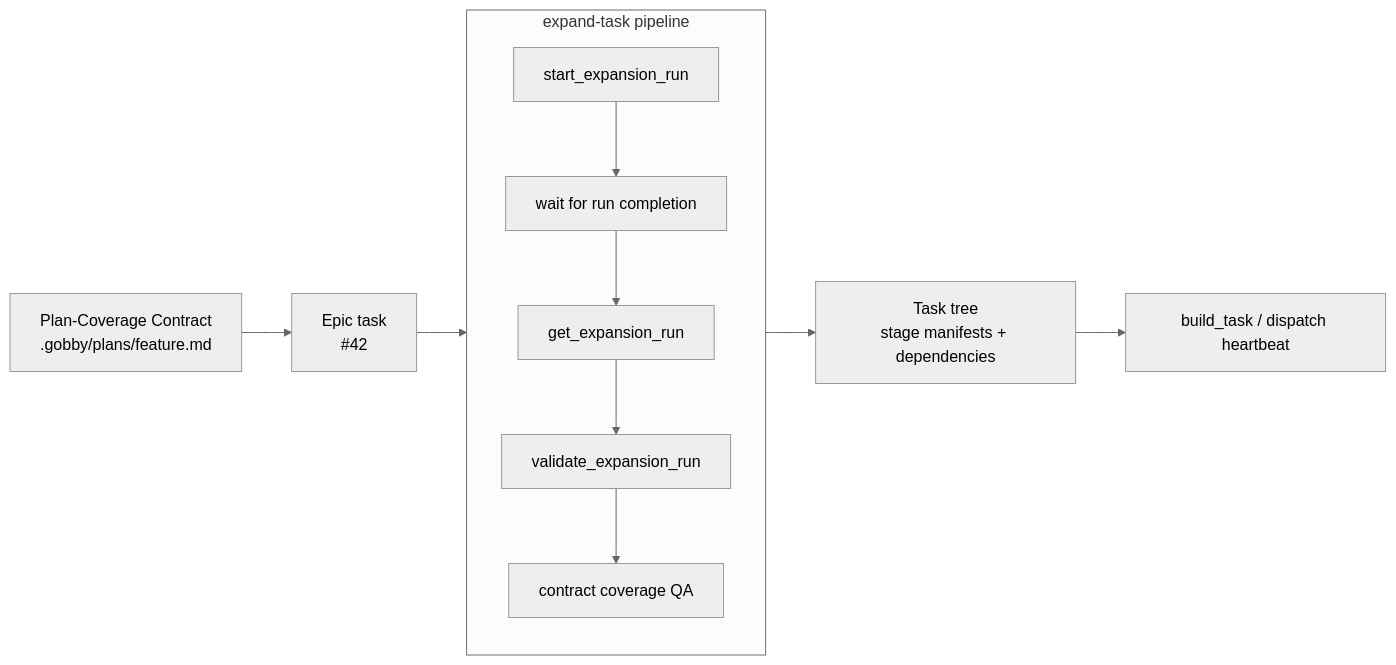
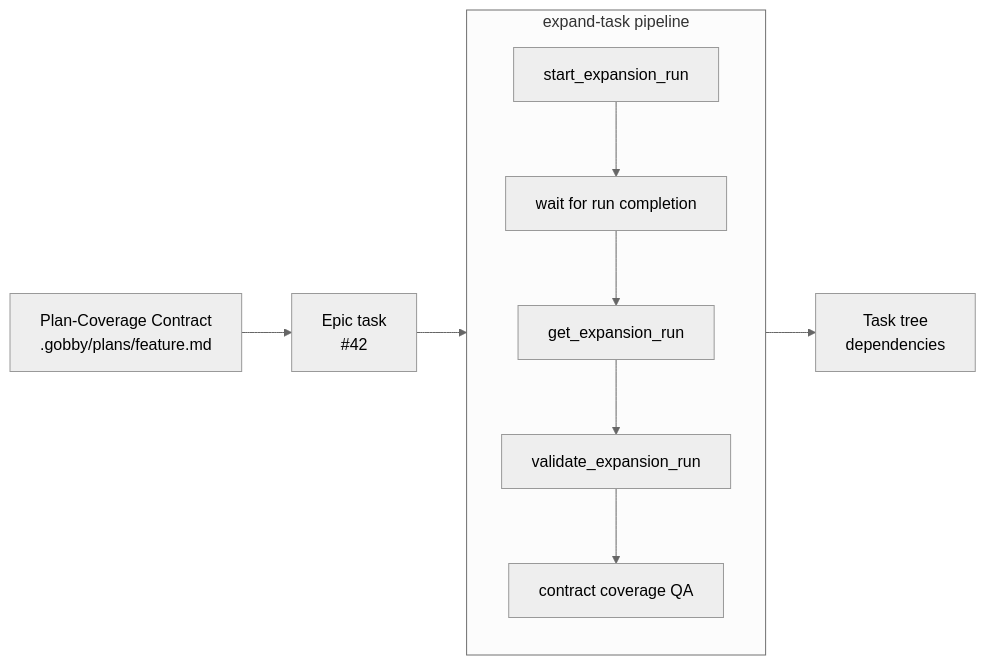
One commit to GobbyAI/gobby changed the first of 2 diagrams in docs/guides/task-expansion.md. Above: the diagram before and after it, drawn with Mermaid (neutral theme). The commit also changed other lines of this file and 28 other files, not shown here.

Commit message:
[gobby-#23341] docs: remove build and stage guide surfaces (#23860)

````diff
--- a/docs/guides/task-expansion.md
+++ b/docs/guides/task-expansion.md
@@ -20,15 +17,14 @@
 ```mermaid
 flowchart LR
     PLAN["Plan-Coverage Contract<br/>.gobby/plans/feature.md"] --> EPIC["Epic task<br/>#42"]
     EPIC --> PIPELINE["expand-task pipeline"]
 
     subgraph PIPELINE["expand-task pipeline"]
         START["start_expansion_run"] --> WAIT["wait for run completion"]
         WAIT --> LOAD["get_expansion_run"]
         LOAD --> VALIDATE["validate_expansion_run"]
         VALIDATE --> COVERAGE["contract coverage QA"]
     end
 
-    PIPELINE --> TREE["Task tree<br/>stage manifests + dependencies"]
-    TREE --> DISPATCH["build_task / dispatch heartbeat"]
+    PIPELINE --> TREE["Task tree<br/>dependencies"]
 ```
````
